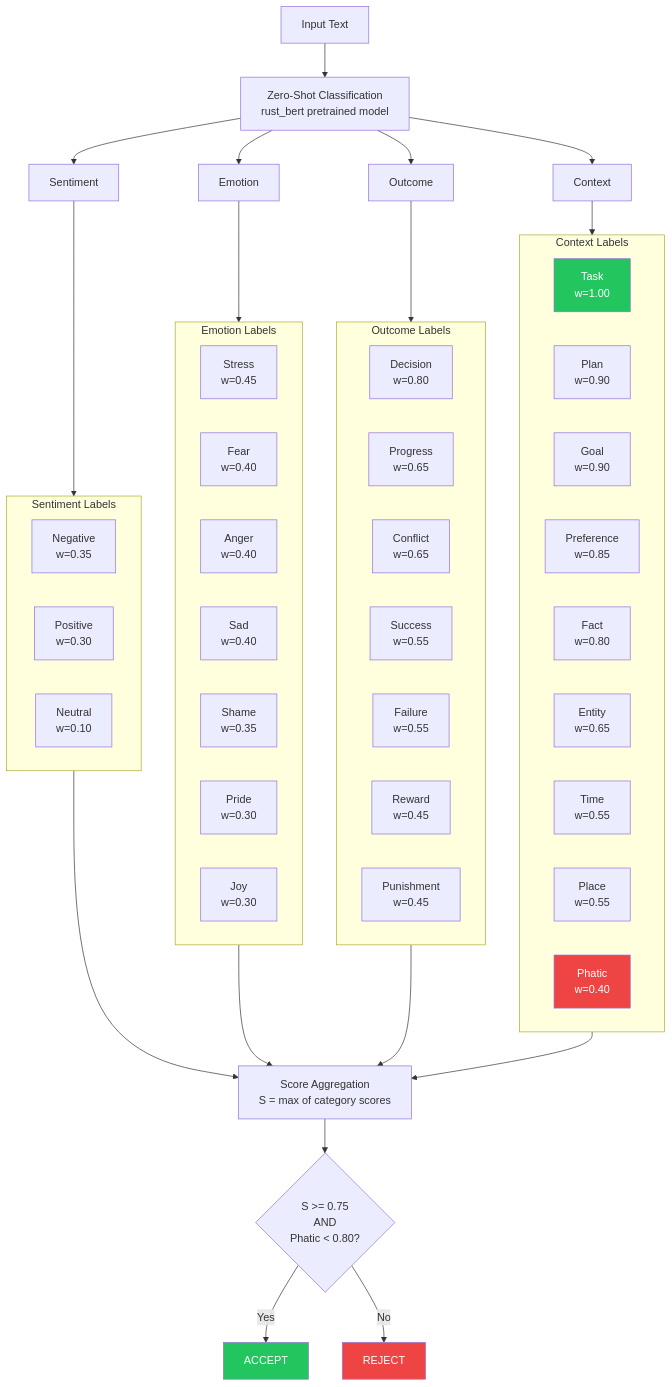
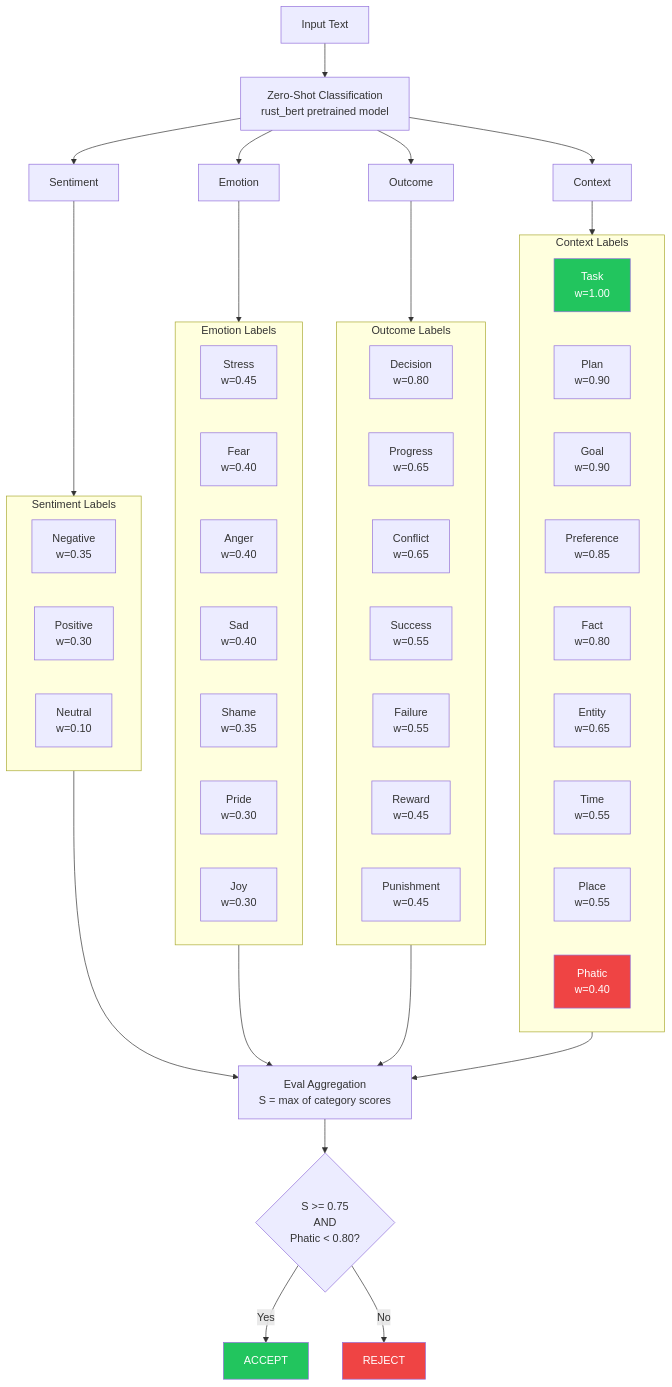
The first of 7 diagrams in docs/loom/scoring-algorithm.md (aacebo/loom), drawn with Mermaid before and after one commit. The commit also changed other lines of this file and 66 other files, not shown here.

````diff
--- a/docs/loom/scoring-algorithm.md
+++ b/docs/loom/scoring-algorithm.md
@@ -26,67 +25,67 @@
 ```mermaid
 flowchart TD
     A[Input Text] --> B[Zero-Shot Classification<br/>rust_bert pretrained model]
 
     B --> C[Sentiment]
     B --> D[Emotion]
     B --> E[Outcome]
     B --> F[Context]
 
     subgraph SentimentLabels [Sentiment Labels]
         C1[Negative<br/>w=0.35]
         C2[Positive<br/>w=0.30]
         C3[Neutral<br/>w=0.10]
     end
 
     subgraph EmotionLabels [Emotion Labels]
         D1[Stress<br/>w=0.45]
         D2[Fear<br/>w=0.40]
         D3[Anger<br/>w=0.40]
         D4[Sad<br/>w=0.40]
         D5[Shame<br/>w=0.35]
         D6[Pride<br/>w=0.30]
         D7[Joy<br/>w=0.30]
     end
 
     subgraph OutcomeLabels [Outcome Labels]
         E1[Decision<br/>w=0.80]
         E2[Progress<br/>w=0.65]
         E3[Conflict<br/>w=0.65]
         E4[Success<br/>w=0.55]
         E5[Failure<br/>w=0.55]
         E6[Reward<br/>w=0.45]
         E7[Punishment<br/>w=0.45]
     end
 
     subgraph ContextLabels [Context Labels]
         F1[Task<br/>w=1.00]
         F2[Plan<br/>w=0.90]
         F3[Goal<br/>w=0.90]
         F4[Preference<br/>w=0.85]
         F5[Fact<br/>w=0.80]
         F6[Entity<br/>w=0.65]
         F7[Time<br/>w=0.55]
         F8[Place<br/>w=0.55]
         F9[Phatic<br/>w=0.40]
     end
 
     C --> SentimentLabels
     D --> EmotionLabels
     E --> OutcomeLabels
     F --> ContextLabels
 
-    SentimentLabels --> G[Score Aggregation<br/>S = max of category scores]
+    SentimentLabels --> G[Eval Aggregation<br/>S = max of category scores]
     EmotionLabels --> G
     OutcomeLabels --> G
     ContextLabels --> G
 
     G --> H{S >= 0.75<br/>AND<br/>Phatic < 0.80?}
 
     H -->|Yes| I[ACCEPT]
     H -->|No| J[REJECT]
 
     style I fill:#22c55e,color:#fff
     style J fill:#ef4444,color:#fff
     style F1 fill:#22c55e,color:#fff
     style F9 fill:#ef4444,color:#fff
 ```
````
